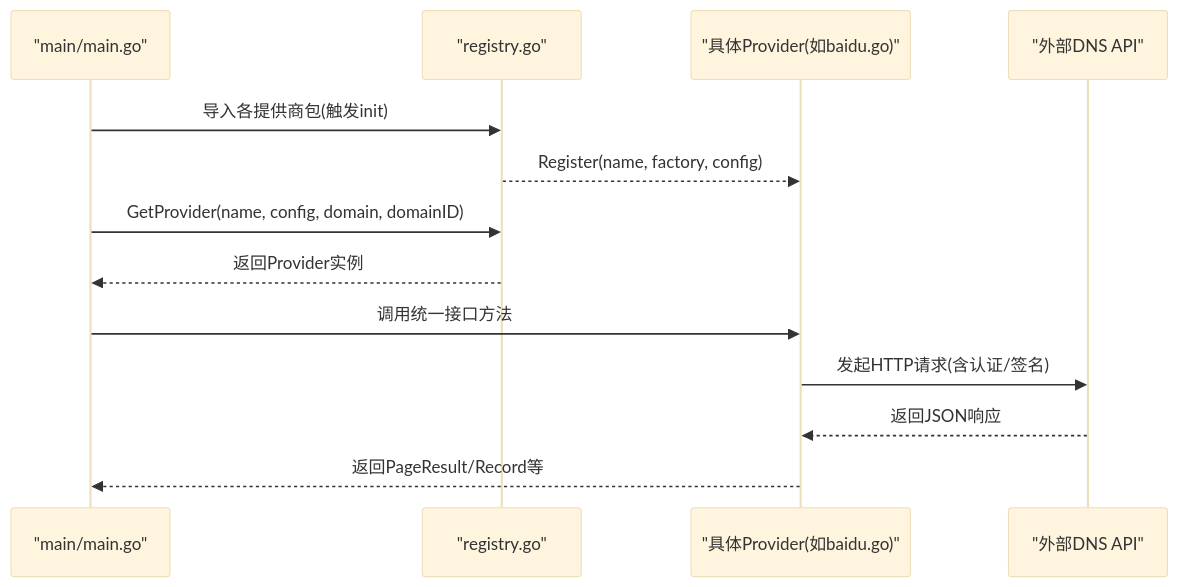
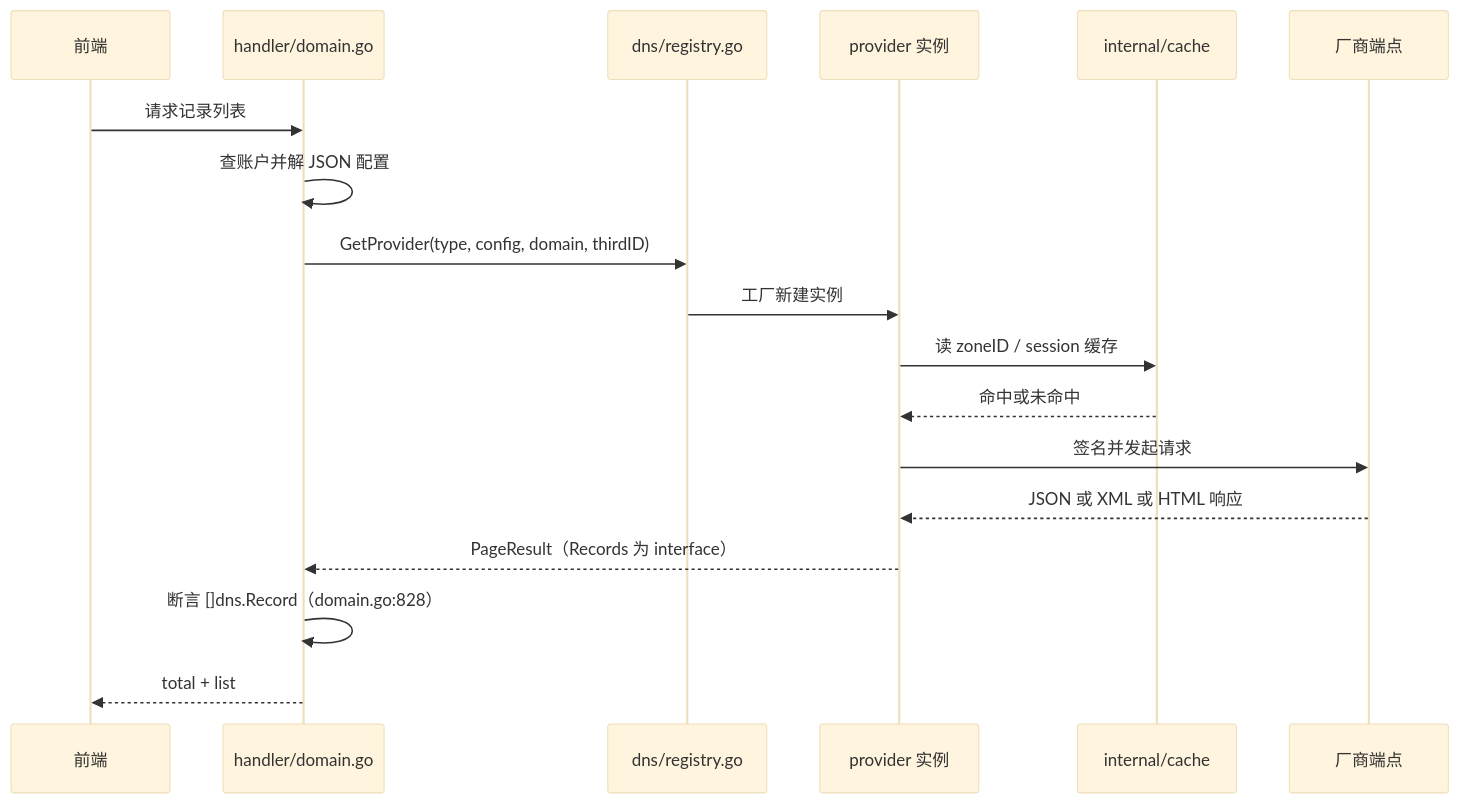
Before and after one commit to x01n/dnsplane: the fourth of 5 diagrams in docs/DNS管理功能/支持的DNS服务商/其他DNS服务商.md, drawn with Mermaid (base theme). The commit also changed other lines of this file and 326 other files, not shown here.

````diff
--- a/docs/DNS管理功能/支持的DNS服务商/其他DNS服务商.md
+++ b/docs/DNS管理功能/支持的DNS服务商/其他DNS服务商.md
@@ -342,15 +615,21 @@
 ```mermaid
 sequenceDiagram
-participant Main as "main/main.go"
-participant Reg as "registry.go"
-participant Prov as "具体Provider(如baidu.go)"
-participant API as "外部DNS API"
-Main->>Reg : 导入各提供商包(触发init)
-Reg-->>Prov : Register(name, factory, config)
-Main->>Reg : GetProvider(name, config, domain, domainID)
-Reg-->>Main : 返回Provider实例
-Main->>Prov : 调用统一接口方法
-Prov->>API : 发起HTTP请求(含认证/签名)
-API-->>Prov : 返回JSON响应
-Prov-->>Main : 返回PageResult/Record等
+    participant FE as 前端
+    participant H as handler/domain.go
+    participant R as dns/registry.go
+    participant P as provider 实例
+    participant C as internal/cache
+    participant API as 厂商端点
+
+    FE->>H: 请求记录列表
+    H->>H: 查账户并解 JSON 配置
+    H->>R: GetProvider(type, config, domain, thirdID)
+    R->>P: 工厂新建实例
+    P->>C: 读 zoneID / session 缓存
+    C-->>P: 命中或未命中
+    P->>API: 签名并发起请求
+    API-->>P: JSON 或 XML 或 HTML 响应
+    P-->>H: PageResult（Records 为 interface）
+    H->>H: 断言 []dns.Record（domain.go:828）
+    H-->>FE: total + list
 ```
````
